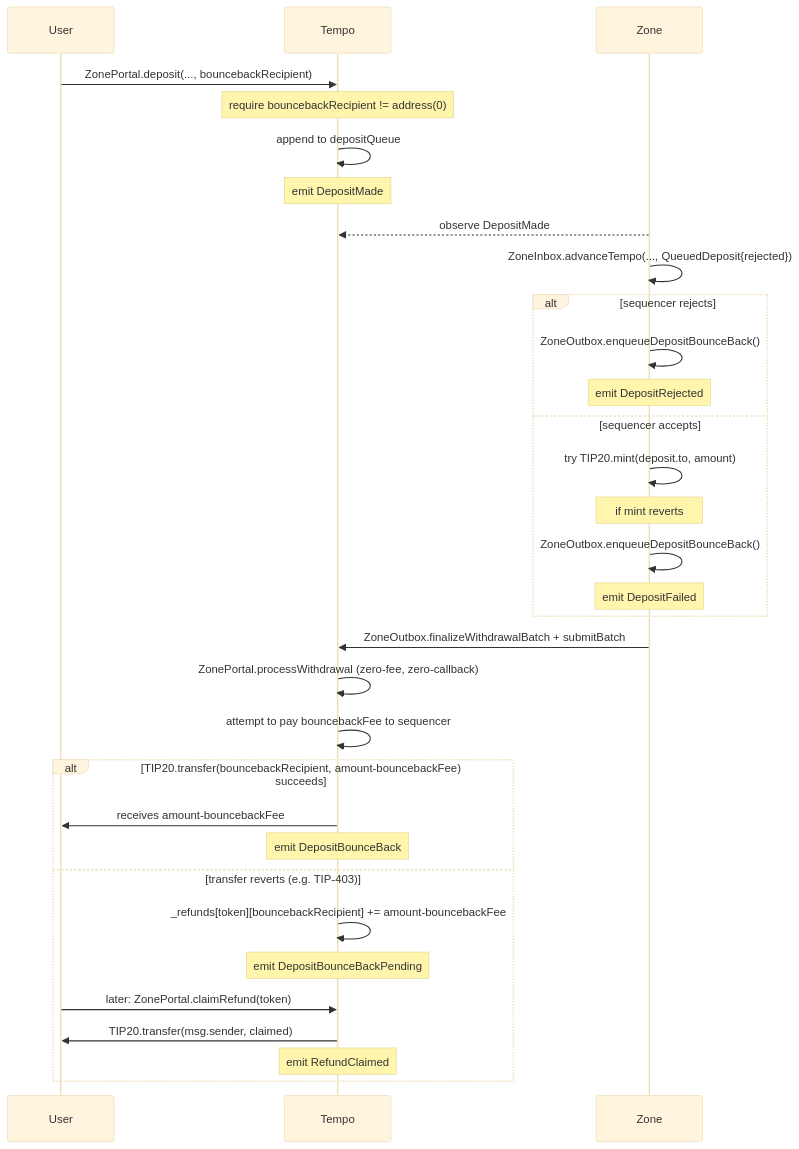
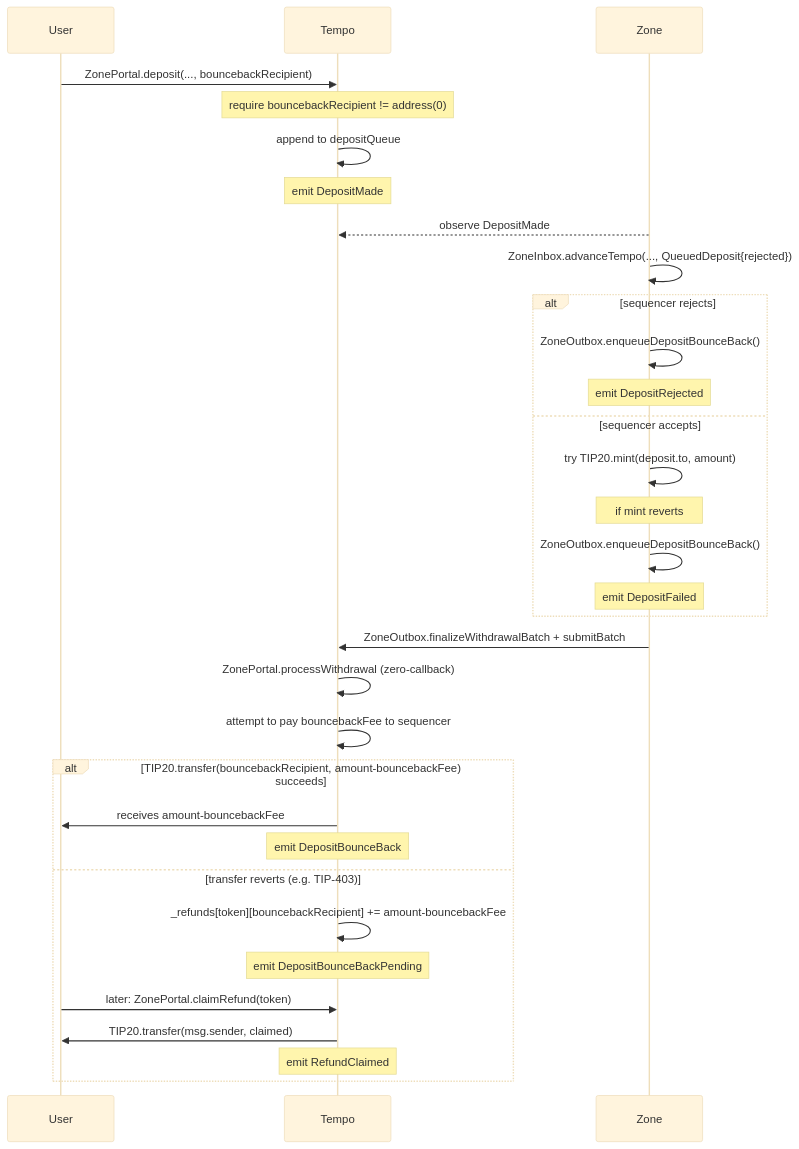
One commit to Dustin4444/zones changed the fourth of 6 diagrams in specs/spec.md. Above: the diagram before and after it, drawn with Mermaid (base theme). The commit also changed other lines of this file and 17 other files, not shown here.

First line of the commit message:
fix: remove fee from withdrawal data (#627)

````diff
--- a/specs/spec.md
+++ b/specs/spec.md
@@ -530,35 +530,35 @@
 ```mermaid
 sequenceDiagram
     participant U as User
     participant T as Tempo
     participant Z as Zone
 
     U->>T: ZonePortal.deposit(..., bouncebackRecipient)
     Note over T: require bouncebackRecipient != address(0)
     T->>T: append to depositQueue
     Note over T: emit DepositMade
     Z-->>T: observe DepositMade
     Z->>Z: ZoneInbox.advanceTempo(..., QueuedDeposit{rejected})
     alt sequencer rejects
         Z->>Z: ZoneOutbox.enqueueDepositBounceBack()
         Note over Z: emit DepositRejected
     else sequencer accepts
         Z->>Z: try TIP20.mint(deposit.to, amount)
         Note over Z: if mint reverts
         Z->>Z: ZoneOutbox.enqueueDepositBounceBack()
         Note over Z: emit DepositFailed
     end
     Z->>T: ZoneOutbox.finalizeWithdrawalBatch + submitBatch
-    T->>T: ZonePortal.processWithdrawal (zero-fee, zero-callback)
+    T->>T: ZonePortal.processWithdrawal (zero-callback)
     T->>T: attempt to pay bouncebackFee to sequencer
     alt TIP20.transfer(bouncebackRecipient, amount-bouncebackFee) succeeds
         T->>U: receives amount-bouncebackFee
         Note over T: emit DepositBounceBack
     else transfer reverts (e.g. TIP-403)
         T->>T: _refunds[token][bouncebackRecipient] += amount-bouncebackFee
         Note over T: emit DepositBounceBackPending
         U->>T: later: ZonePortal.claimRefund(token)
         T->>U: TIP20.transfer(msg.sender, claimed)
         Note over T: emit RefundClaimed
     end
 ```
````
